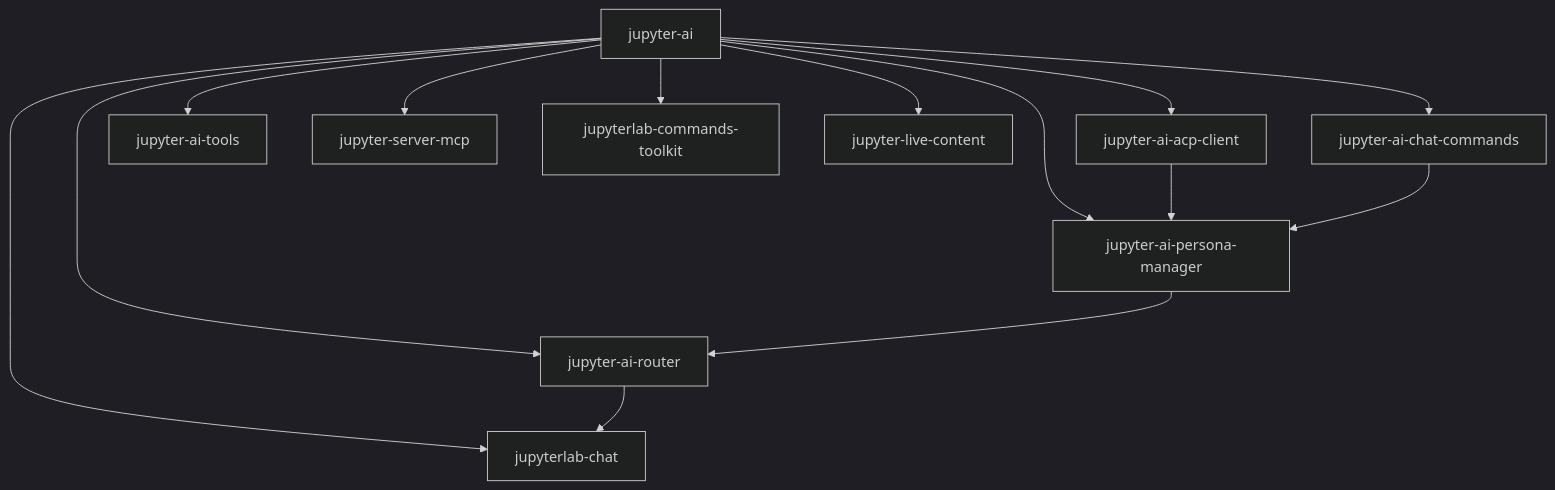
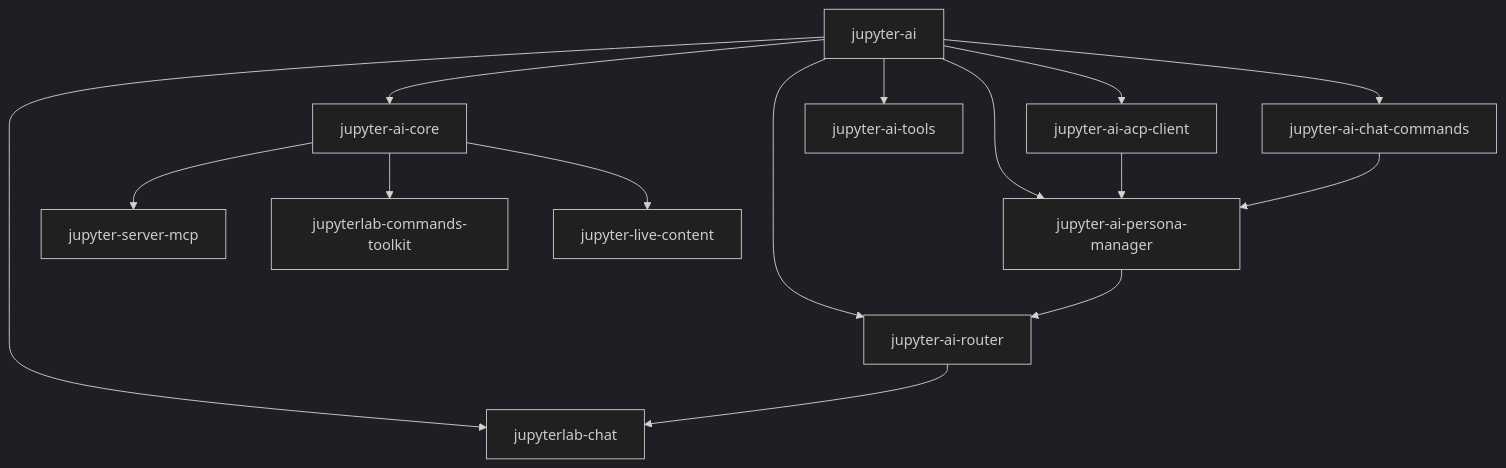
The diagram in docs/source/contributors/release-process.md (jupyterlab/jupyter-ai), drawn with Mermaid (dark theme) before and after one commit. The commit also changed other lines of this file and 28 other files, not shown here.

First line of the commit message:
Add the `jupyter-ai-core` package (#1709)

````diff
--- a/docs/source/contributors/release-process.md
+++ b/docs/source/contributors/release-process.md
@@ -90,19 +92,21 @@
 ```{mermaid}
 flowchart TD
     ja[jupyter-ai]
+    core[jupyter-ai-core]
 
+    ja --> core
     ja --> chat[jupyterlab-chat]
     ja --> router[jupyter-ai-router]
     ja --> pm[jupyter-ai-persona-manager]
     ja --> cc[jupyter-ai-chat-commands]
     ja --> acp[jupyter-ai-acp-client]
     ja --> tools[jupyter-ai-tools]
-    ja --> mcp[jupyter-server-mcp]
-    ja --> toolkit[jupyterlab-commands-toolkit]
-    ja --> lc[jupyter-live-content]
+    core --> mcp[jupyter-server-mcp]
+    core --> toolkit[jupyterlab-commands-toolkit]
+    core --> lc[jupyter-live-content]
 
     acp --> pm
     cc --> pm
     pm --> router
     router --> chat
 ```
````
